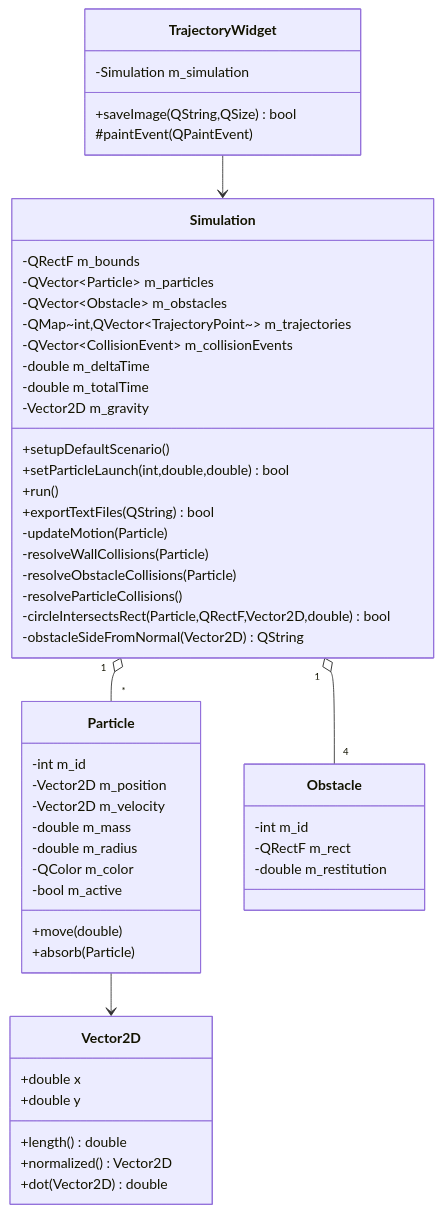
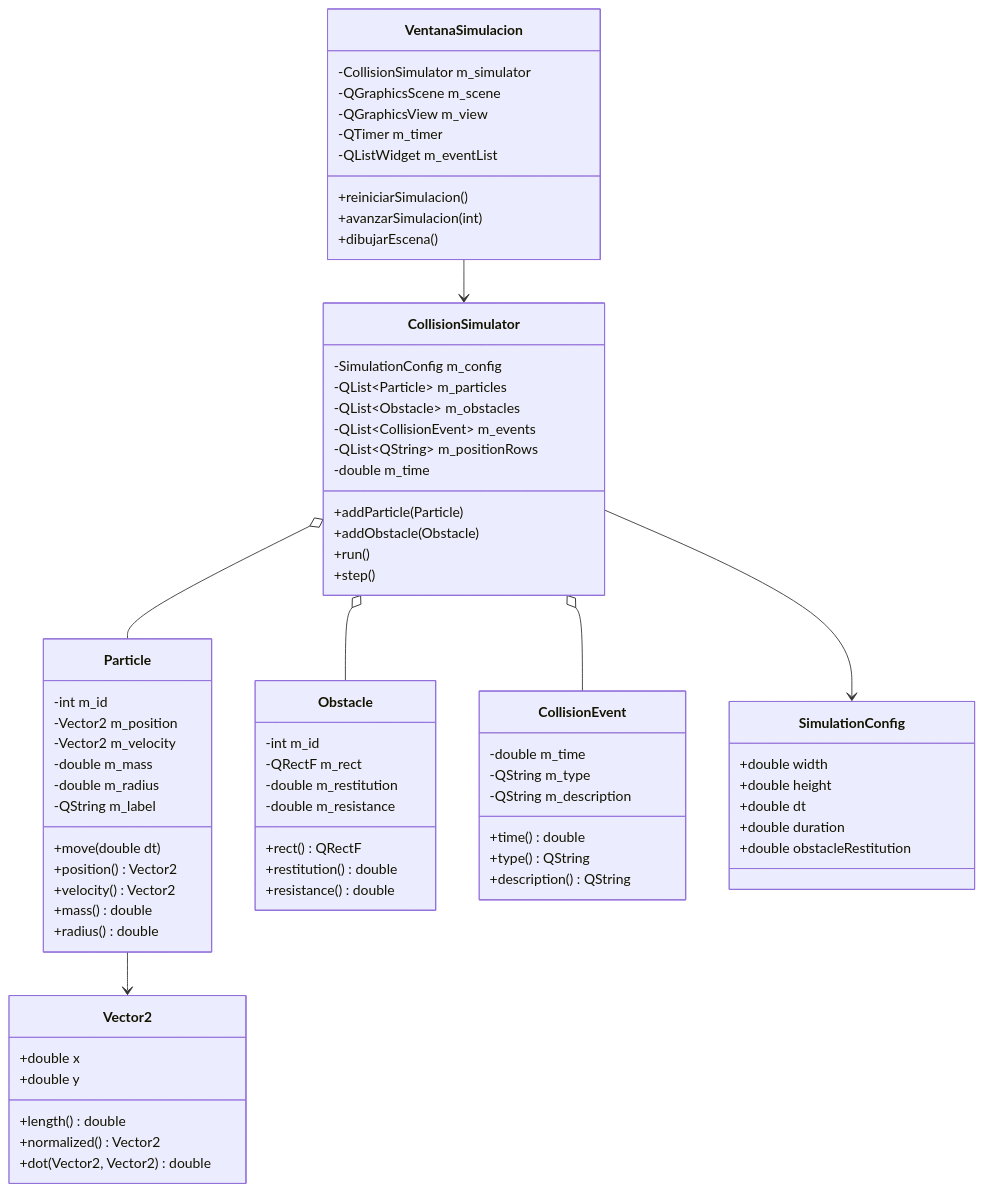
The diagram in DIAGRAMA_CLASES.md (josemanuelposada-collab/practica5-1), drawn with Mermaid before and after one commit. The commit also changed other lines of this file and 28 other files, not shown here.

````diff
--- a/DIAGRAMA_CLASES.md
+++ b/DIAGRAMA_CLASES.md
@@ -3,60 +3,82 @@
 ```mermaid
 classDiagram
-    class Vector2D {
+    class Vector2 {
         +double x
         +double y
         +length() double
-        +normalized() Vector2D
-        +dot(Vector2D) double
+        +normalized() Vector2
+        +dot(Vector2, Vector2) double
     }
 
     class Particle {
         -int m_id
-        -Vector2D m_position
-        -Vector2D m_velocity
+        -Vector2 m_position
+        -Vector2 m_velocity
         -double m_mass
         -double m_radius
-        -QColor m_color
-        -bool m_active
-        +move(double)
-        +absorb(Particle)
+        -QString m_label
+        +move(double dt)
+        +position() Vector2
+        +velocity() Vector2
+        +mass() double
+        +radius() double
     }
 
     class Obstacle {
         -int m_id
         -QRectF m_rect
         -double m_restitution
+        -double m_resistance
+        +rect() QRectF
+        +restitution() double
+        +resistance() double
     }
 
-    class Simulation {
-        -QRectF m_bounds
-        -QVector~Particle~ m_particles
-        -QVector~Obstacle~ m_obstacles
-        -QMap~int,QVector~TrajectoryPoint~~ m_trajectories
-        -QVector~CollisionEvent~ m_collisionEvents
-        -double m_deltaTime
-        -double m_totalTime
-        -Vector2D m_gravity
-        +setupDefaultScenario()
-        +setParticleLaunch(int,double,double) bool
-        +run()
-        +exportTextFiles(QString) bool
-        -updateMotion(Particle)
-        -resolveWallCollisions(Particle)
-        -resolveObstacleCollisions(Particle)
-        -resolveParticleCollisions()
-        -circleIntersectsRect(Particle,QRectF,Vector2D,double) bool
-        -obstacleSideFromNormal(Vector2D) QString
+    class CollisionEvent {
+        -double m_time
+        -QString m_type
+        -QString m_description
+        +time() double
+        +type() QString
+        +description() QString
     }
 
-    class TrajectoryWidget {
-        -Simulation m_simulation
-        +saveImage(QString,QSize) bool
-        #paintEvent(QPaintEvent)
+    class SimulationConfig {
+        +double width
+        +double height
+        +double dt
+        +double duration
+        +double obstacleRestitution
     }
 
-    Simulation "1" o-- "*" Particle
-    Simulation "1" o-- "4" Obstacle
-    Particle --> Vector2D
-    TrajectoryWidget --> Simulation
+    class CollisionSimulator {
+        -SimulationConfig m_config
+        -QList~Particle~ m_particles
+        -QList~Obstacle~ m_obstacles
+        -QList~CollisionEvent~ m_events
+        -QList~QString~ m_positionRows
+        -double m_time
+        +addParticle(Particle)
+        +addObstacle(Obstacle)
+        +run()
+        +step()
+    }
+
+    class VentanaSimulacion {
+        -CollisionSimulator m_simulator
+        -QGraphicsScene m_scene
+        -QGraphicsView m_view
+        -QTimer m_timer
+        -QListWidget m_eventList
+        +reiniciarSimulacion()
+        +avanzarSimulacion(int)
+        +dibujarEscena()
+    }
+
+    Particle --> Vector2
+    CollisionSimulator o-- Particle
+    CollisionSimulator o-- Obstacle
+    CollisionSimulator o-- CollisionEvent
+    CollisionSimulator --> SimulationConfig
+    VentanaSimulacion --> CollisionSimulator
 ```
````
